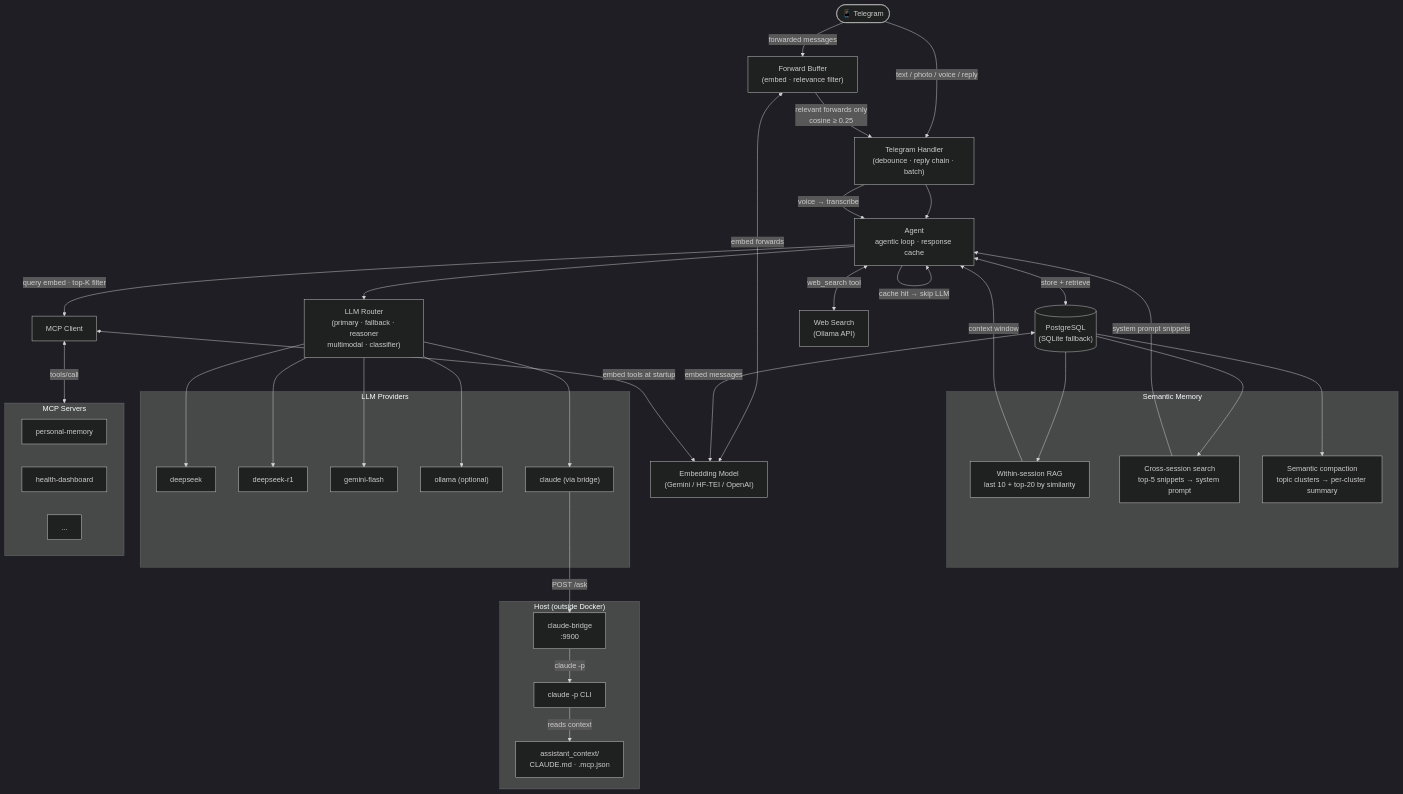
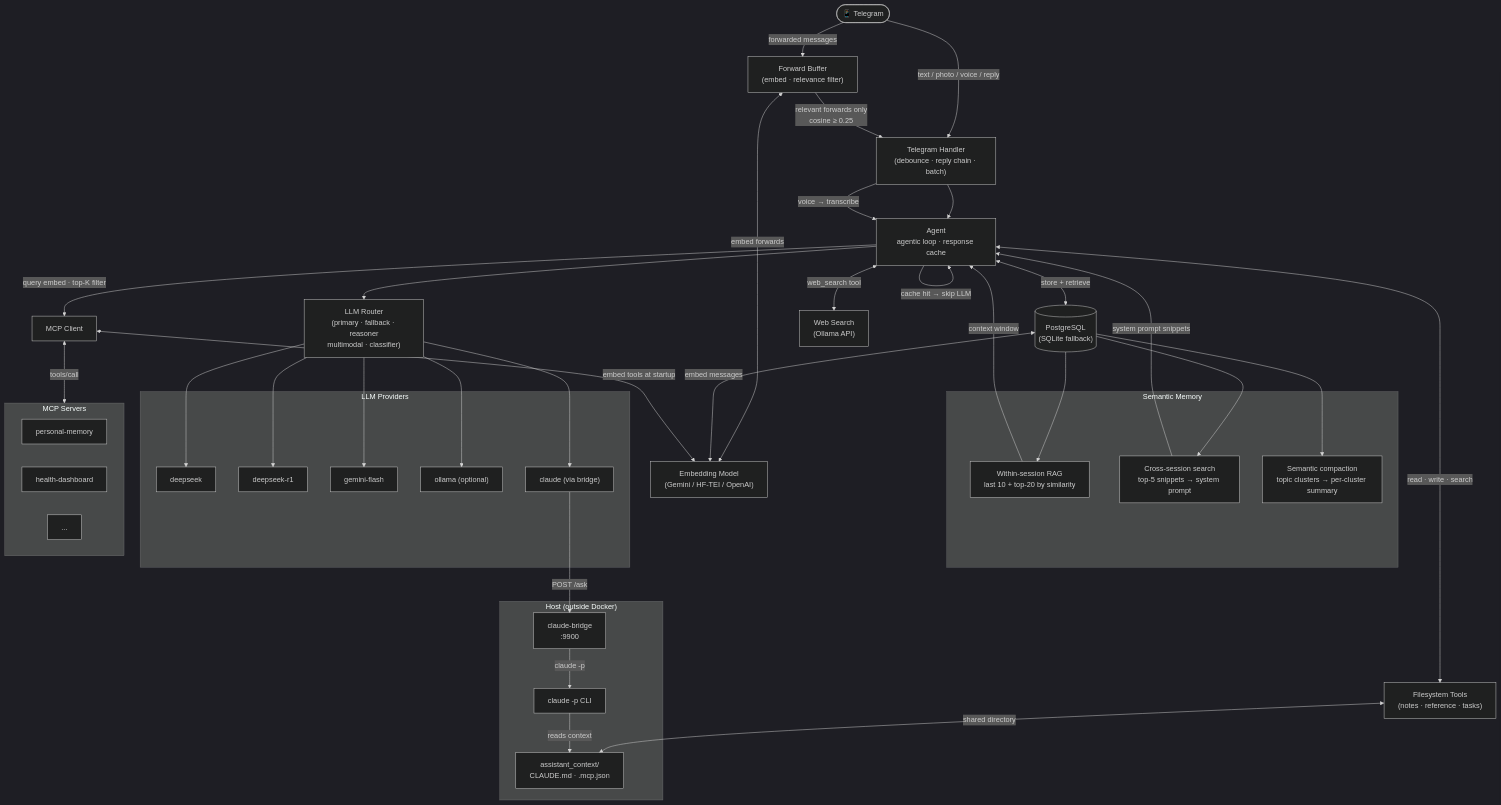
One commit to dzarlax/personal_assistant changed the diagram in README.md. Above: the diagram before and after it, drawn with Mermaid (dark theme). The commit also changed other lines of this file and 6 other files, not shown here.

First line of the commit message:
feat: add built-in filesystem tools for notes and shared context

````diff
--- a/README.md
+++ b/README.md
@@ -425,67 +461,70 @@
 ```mermaid
 flowchart TD
     User(["📱 Telegram"])
     Handler["Telegram Handler\n(debounce · reply chain · batch)"]
     FwdBuf["Forward Buffer\n(embed · relevance filter)"]
     Agent["Agent\nagentic loop · response cache"]
     Router["LLM Router\n(primary · fallback · reasoner\nmultimodal · classifier)"]
     MCP["MCP Client"]
     Store[("PostgreSQL\n(SQLite fallback)")]
     Emb["Embedding Model\n(Gemini / HF-TEI / OpenAI)"]
 
     subgraph Memory ["Semantic Memory"]
         SM["Within-session RAG\nlast 10 + top-20 by similarity"]
         CM["Cross-session search\ntop-5 snippets → system prompt"]
         SC["Semantic compaction\ntopic clusters → per-cluster summary"]
     end
 
     WebSearch["Web Search\n(Ollama API)"]
+    FS["Filesystem Tools\n(notes · reference · tasks)"]
 
     subgraph LLMs ["LLM Providers"]
         DS["deepseek"]
         DSR["deepseek-r1"]
         GM["gemini-flash"]
         OL["ollama (optional)"]
         CB["claude (via bridge)"]
     end
 
     subgraph Host ["Host (outside Docker)"]
         Bridge["claude-bridge\n:9900"]
         CLI["claude -p CLI"]
         CTX["assistant_context/\nCLAUDE.md · .mcp.json"]
     end
 
     subgraph Servers ["MCP Servers"]
         S1["personal-memory"]
         S2["health-dashboard"]
         S3["..."]
     end
 
     User -->|"text / photo / voice / reply"| Handler
     User -->|"forwarded messages"| FwdBuf
     FwdBuf <-->|"embed forwards"| Emb
     FwdBuf -->|"relevant forwards only\ncosine ≥ 0.25"| Handler
     Handler --> Agent
     Agent <-->|"store + retrieve"| Store
     Store <-->|"embed messages"| Emb
     Store --> SM
     Store --> CM
     Store --> SC
     SM -->|"context window"| Agent
     CM -->|"system prompt snippets"| Agent
     Agent -->|"cache hit → skip LLM"| Agent
     Agent --> Router
     Agent -->|"query embed · top-K filter"| MCP
     Agent <-->|"web_search tool"| WebSearch
+    Agent <-->|"read · write · search"| FS
+    FS <-->|"shared directory"| CTX
     Handler -->|"voice → transcribe"| Agent
     MCP <-->|"embed tools at startup"| Emb
     MCP <-->|"tools/call"| Servers
     Router --> DS
     Router --> DSR
     Router --> GM
     Router --> OL
     Router --> CB
     CB -->|"POST /ask"| Bridge
     Bridge -->|"claude -p"| CLI
     CLI -->|"reads context"| CTX
 ```
````
